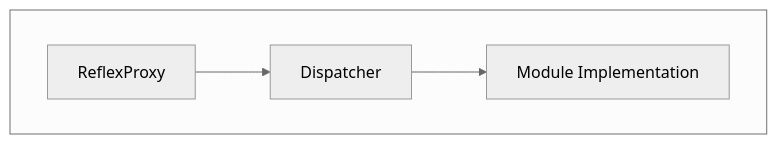
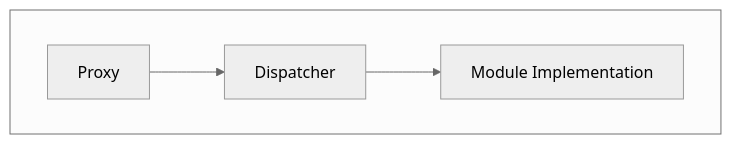
Before and after one commit to chromaxyz/reflex: the first of 5 diagrams in docs/IMPLEMENTERS.md, drawn with Mermaid (neutral theme). The commit also changed other lines of this file, not shown here.

````diff
--- a/docs/IMPLEMENTERS.md
+++ b/docs/IMPLEMENTERS.md
@@ -36,7 +36,7 @@
 ```mermaid
 graph TD
   subgraph SingleProxy [ ]
-  ReflexProxy --> Dispatcher
+  Proxy --> Dispatcher
   Dispatcher --> Module["Module Implementation"]
   end
 ```
````
